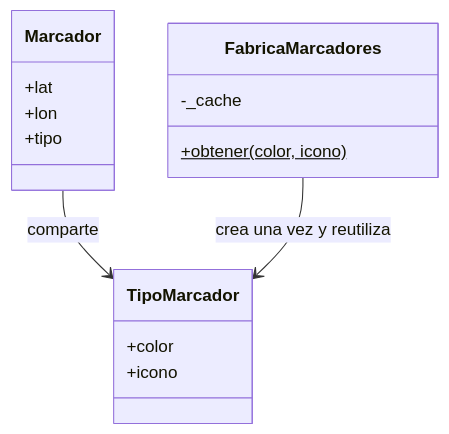
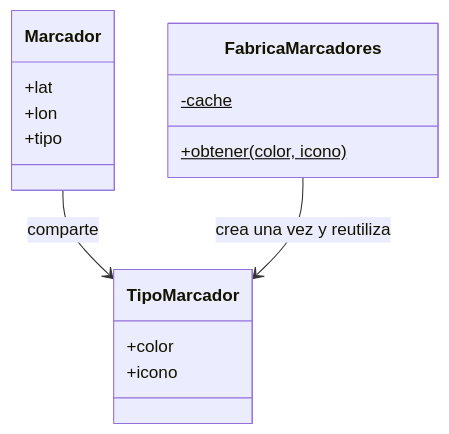
The eighth of 8 diagrams in web/public/content/foundations/modulo-9.md (NICORUIZ93/The_Imperial_Book), drawn with Mermaid before and after one commit. The commit also changed other lines of this file and 1 other file, not shown here.

````diff
--- a/web/public/content/foundations/modulo-9.md
+++ b/web/public/content/foundations/modulo-9.md
@@ -2219,18 +2635,18 @@
 ```mermaid
 classDiagram
     class Marcador {
       +lat
       +lon
       +tipo
     }
     class TipoMarcador {
       +color
       +icono
     }
     class FabricaMarcadores {
-      -_cache
+      -cache$
       +obtener(color, icono)$
     }
     Marcador --> TipoMarcador : comparte
     FabricaMarcadores --> TipoMarcador : crea una vez y reutiliza
 ```
````
